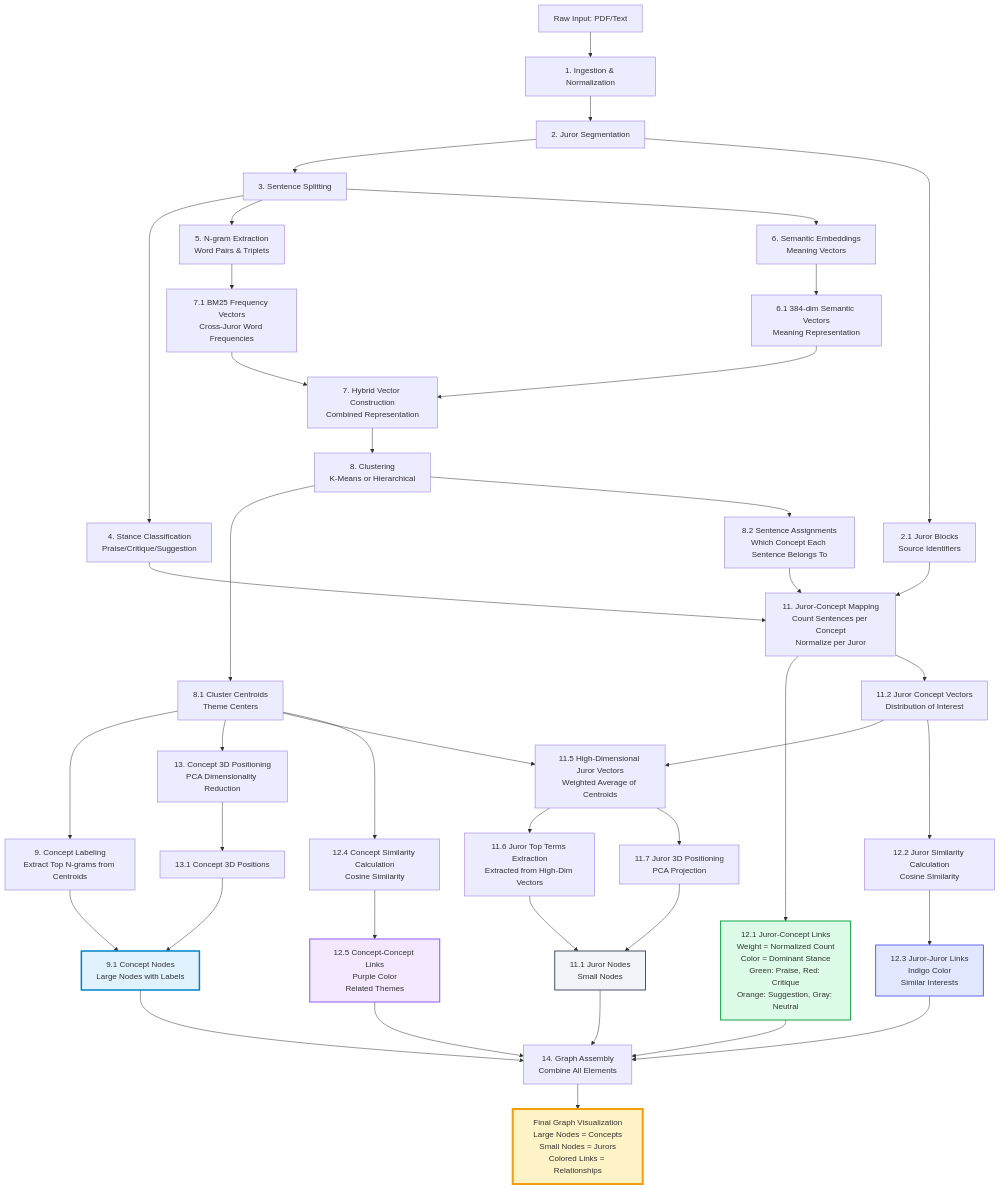
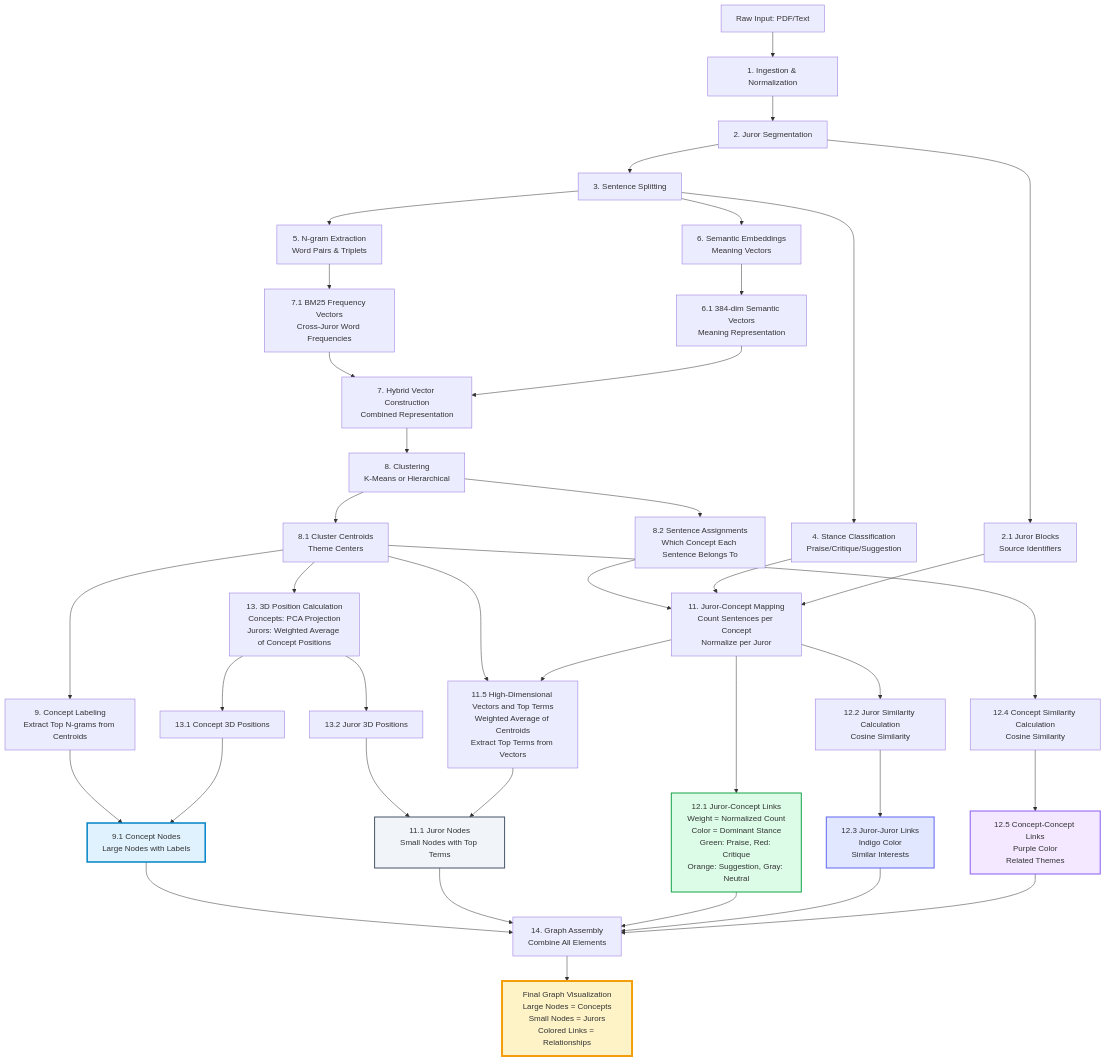
One commit to nyandesigns0/SemiChan changed the diagram in docs/pipeline-documentation.md. Above: the diagram before and after it, drawn with Mermaid. The commit also changed other lines of this file, not shown here.

Commit message:
Refactor pipeline documentation to clarify the 3D positioning of concepts and jurors; consolidate high-dimensional vector computation and top term extraction for jurors into a single step; update technical details and examples for improved clarity.

````diff
--- a/docs/pipeline-documentation.md
+++ b/docs/pipeline-documentation.md
@@ -9,64 +9,61 @@
 ```mermaid
 graph TD
     Input[Raw Input: PDF/Text] --> Ingestion[1. Ingestion & Normalization]
     Ingestion --> Segmentation[2. Juror Segmentation]
     Segmentation --> Splitting[3. Sentence Splitting]
     Segmentation --> JurorBlocks[2.1 Juror Blocks<br/>Source Identifiers]
     
     Splitting --> StancePath[4. Stance Classification<br/>Praise/Critique/Suggestion]
     Splitting --> NgramPath[5. N-gram Extraction<br/>Word Pairs & Triplets]
     Splitting --> EmbedPath[6. Semantic Embeddings<br/>Meaning Vectors]
     
     NgramPath --> BM25[7.1 BM25 Frequency Vectors<br/>Cross-Juror Word Frequencies]
     EmbedPath --> SemanticVecs[6.1 384-dim Semantic Vectors<br/>Meaning Representation]
     BM25 --> Hybrid[7. Hybrid Vector Construction<br/>Combined Representation]
     SemanticVecs --> Hybrid
     
     Hybrid --> Clustering[8. Clustering<br/>K-Means or Hierarchical]
     Clustering --> Centroids[8.1 Cluster Centroids<br/>Theme Centers]
     Clustering --> Assignments[8.2 Sentence Assignments<br/>Which Concept Each Sentence Belongs To]
     
     Centroids --> Labeling[9. Concept Labeling<br/>Extract Top N-grams from Centroids]
     Labeling --> ConceptNodes[9.1 Concept Nodes<br/>Large Nodes with Labels]
     
-    Centroids --> PCA[13. Concept 3D Positioning<br/>PCA Dimensionality Reduction]
-    PCA --> ConceptPos[13.1 Concept 3D Positions]
-    ConceptPos --> ConceptNodes
+    Centroids --> ConceptSim[12.4 Concept Similarity Calculation<br/>Cosine Similarity]
+    ConceptSim --> ConceptConceptLinks[12.5 Concept-Concept Links<br/>Purple Color<br/>Related Themes]
     
     Assignments --> JurorMapping[11. Juror-Concept Mapping<br/>Count Sentences per Concept<br/>Normalize per Juror]
     StancePath --> JurorMapping
     JurorBlocks --> JurorMapping
     
     JurorMapping --> JurorConceptLinks[12.1 Juror-Concept Links<br/>Weight = Normalized Count<br/>Color = Dominant Stance<br/>Green: Praise, Red: Critique<br/>Orange: Suggestion, Gray: Neutral]
-    JurorMapping --> JurorVectors[11.2 Juror Concept Vectors<br/>Distribution of Interest]
     
-    JurorVectors --> JurorHighDim[11.5 High-Dimensional Juror Vectors<br/>Weighted Average of Centroids]
-    Centroids --> JurorHighDim
+    Centroids --> Positioning3D[13. 3D Position Calculation<br/>Concepts: PCA Projection<br/>Jurors: Weighted Average of Concept Positions]
     
-    JurorHighDim --> JurorTopTerms[11.6 Juror Top Terms Extraction<br/>Extracted from High-Dim Vectors]
-    JurorHighDim --> JurorPositioning[11.7 Juror 3D Positioning<br/>PCA Projection]
+    Positioning3D --> ConceptPos[13.1 Concept 3D Positions]
+    Positioning3D --> JurorPos[13.2 Juror 3D Positions]
+    ConceptPos --> ConceptNodes
+    JurorPos --> JurorNodes[11.1 Juror Nodes<br/>Small Nodes with Top Terms]
     
-    JurorTopTerms --> JurorNodes[11.1 Juror Nodes<br/>Small Nodes]
-    JurorPositioning --> JurorNodes
+    Centroids --> JurorHighDim[11.5 High-Dimensional Vectors and Top Terms<br/>Weighted Average of Centroids<br/>Extract Top Terms from Vectors]
+    JurorMapping --> JurorHighDim
+    JurorHighDim --> JurorNodes
     
-    JurorVectors --> JurorSim[12.2 Juror Similarity Calculation<br/>Cosine Similarity]
+    JurorMapping --> JurorSim[12.2 Juror Similarity Calculation<br/>Cosine Similarity]
     JurorSim --> JurorJurorLinks[12.3 Juror-Juror Links<br/>Indigo Color<br/>Similar Interests]
-    
-    Centroids --> ConceptSim[12.4 Concept Similarity Calculation<br/>Cosine Similarity]
-    ConceptSim --> ConceptConceptLinks[12.5 Concept-Concept Links<br/>Purple Color<br/>Related Themes]
     
     ConceptNodes --> Assembly[14. Graph Assembly<br/>Combine All Elements]
     JurorNodes --> Assembly
     JurorConceptLinks --> Assembly
     JurorJurorLinks --> Assembly
     ConceptConceptLinks --> Assembly
     
     Assembly --> Output[Final Graph Visualization<br/>Large Nodes = Concepts<br/>Small Nodes = Jurors<br/>Colored Links = Relationships]
     
     style ConceptNodes fill:#e0f2fe,stroke:#0284c7,stroke-width:3px
     style JurorNodes fill:#f1f5f9,stroke:#475569,stroke-width:2px
     style JurorConceptLinks fill:#dcfce7,stroke:#16a34a,stroke-width:2px
     style JurorJurorLinks fill:#e0e7ff,stroke:#6366f1,stroke-width:2px
     style ConceptConceptLinks fill:#f3e8ff,stroke:#8b5cf6,stroke-width:2px
     style Output fill:#fef3c7,stroke:#f59e0b,stroke-width:4px
 ```
````
